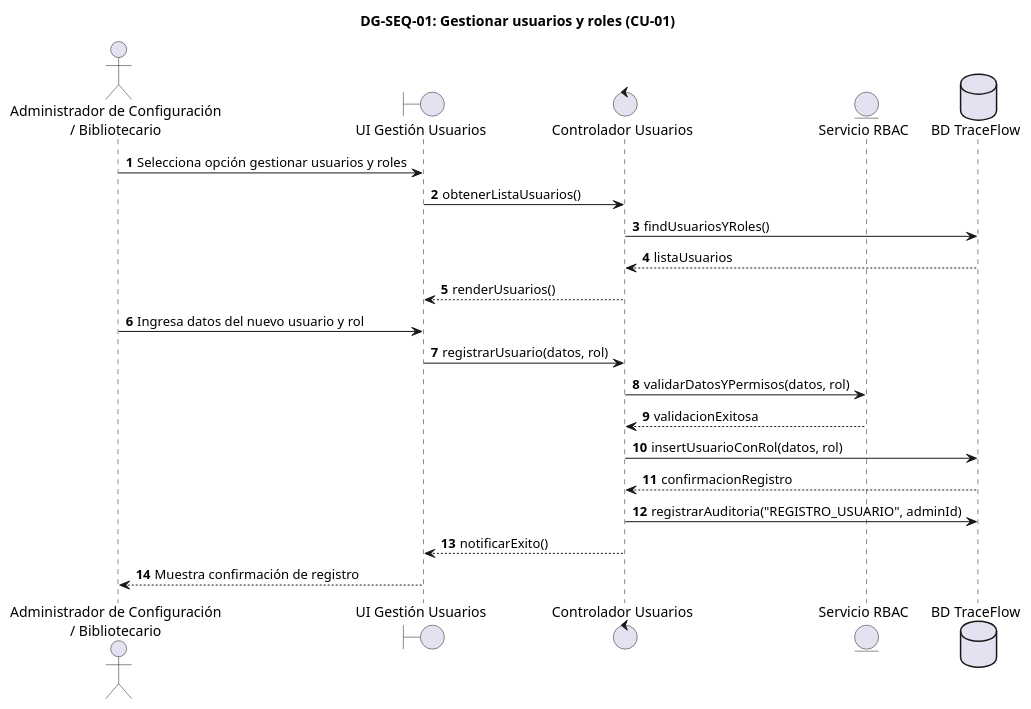
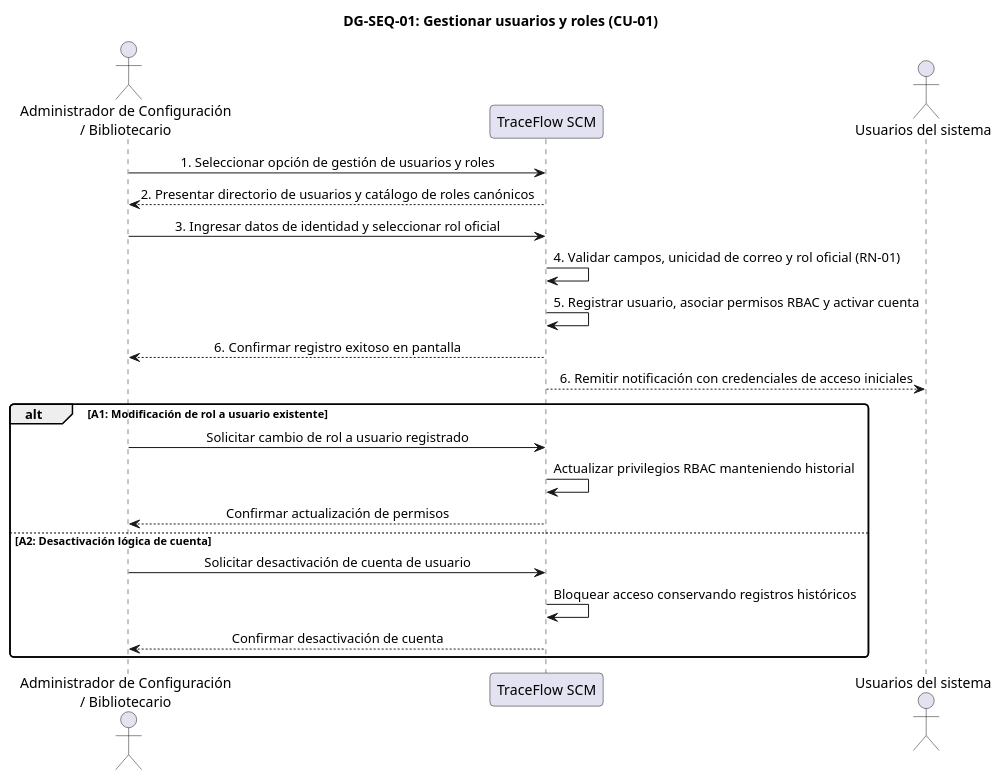
Diagram 13 of 44 in FD03-EPIS-Informe_SRS.md (JMedina255/TraceFlow), drawn with PlantUML before and after one commit. The commit also changed other lines of this file and 2 other files, not shown here.

First line of the commit message:
docs(diagrams): refactorizar diagramas de secuencia DG-SEQ-01 a DG-SEQ-30 a nivel de analisis 1:1

````diff
--- a/FD03-EPIS-Informe_SRS.md
+++ b/FD03-EPIS-Informe_SRS.md
@@ -4108,32 +4112,33 @@
 ```plantuml
-@startuml
+@startuml DG-SEQ-01
 skinparam shadowing false
 skinparam roundcorner 8
 skinparam defaultFontName Arial
-autonumber
+skinparam sequenceMessageAlign center
 
 title <b>DG-SEQ-01: Gestionar usuarios y roles (CU-01)</b>
 
-actor "Administrador de Configuración\n/ Bibliotecario" as ACT
-boundary "UI Gestión Usuarios" as UI
-control "Controlador Usuarios" as CTRL
-entity "Servicio RBAC" as SRV
-database "BD TraceFlow" as DB
+actor "Administrador de Configuración\n/ Bibliotecario" as Admin
+participant "TraceFlow SCM" as Sistema
+actor "Usuarios del sistema" as Usuario
 
-ACT -> UI : Selecciona opción gestionar usuarios y roles
-UI -> CTRL : obtenerListaUsuarios()
-CTRL -> DB : findUsuariosYRoles()
-DB --> CTRL : listaUsuarios
-CTRL --> UI : renderUsuarios()
+Admin -> Sistema: 1. Seleccionar opción de gestión de usuarios y roles
+Sistema --> Admin: 2. Presentar directorio de usuarios y catálogo de roles canónicos
+Admin -> Sistema: 3. Ingresar datos de identidad y seleccionar rol oficial
+Sistema -> Sistema: 4. Validar campos, unicidad de correo y rol oficial (RN-01)
+Sistema -> Sistema: 5. Registrar usuario, asociar permisos RBAC y activar cuenta
+Sistema --> Admin: 6. Confirmar registro exitoso en pantalla
+Sistema --> Usuario: 6. Remitir notificación con credenciales de acceso iniciales
 
-ACT -> UI : Ingresa datos del nuevo usuario y rol
-UI -> CTRL : registrarUsuario(datos, rol)
-CTRL -> SRV : validarDatosYPermisos(datos, rol)
-SRV --> CTRL : validacionExitosa
-CTRL -> DB : insertUsuarioConRol(datos, rol)
-DB --> CTRL : confirmacionRegistro
-CTRL -> DB : registrarAuditoria("REGISTRO_USUARIO", adminId)
-CTRL --> UI : notificarExito()
-UI --> ACT : Muestra confirmación de registro
+alt A1: Modificación de rol a usuario existente
+  Admin -> Sistema: Solicitar cambio de rol a usuario registrado
+  Sistema -> Sistema: Actualizar privilegios RBAC manteniendo historial
+  Sistema --> Admin: Confirmar actualización de permisos
+else A2: Desactivación lógica de cuenta
+  Admin -> Sistema: Solicitar desactivación de cuenta de usuario
+  Sistema -> Sistema: Bloquear acceso conservando registros históricos
+  Sistema --> Admin: Confirmar desactivación de cuenta
+end
+
 @enduml
 ```
````
